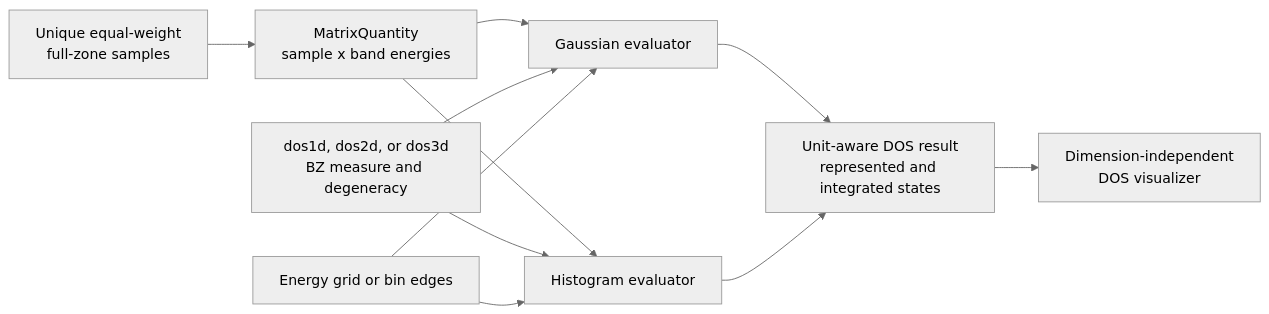
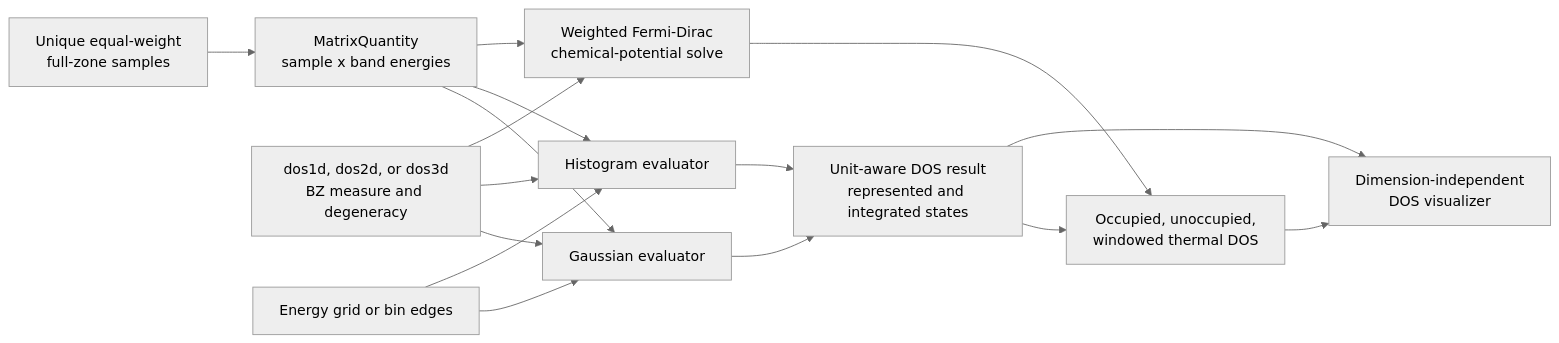
The first of 2 diagrams in docs/architecture/projectkoios/physkit/dos/schematics.md (eragasa/projectkoios-physkit), drawn with Mermaid (neutral theme) before and after one commit. The commit also changed 27 other files, not shown here.

Commit message:
Add weighted Fermi-Dirac thermal DOS analysis

````diff
--- a/docs/architecture/projectkoios/physkit/dos/schematics.md
+++ b/docs/architecture/projectkoios/physkit/dos/schematics.md
@@ -5,22 +5,29 @@
 ```mermaid
 flowchart LR
     MESH[Unique equal-weight<br/>full-zone samples]
     BANDS[MatrixQuantity<br/>sample x band energies]
     MODEL[dos1d, dos2d, or dos3d<br/>BZ measure and degeneracy]
     GRID[Energy grid or bin edges]
     GAUSS[Gaussian evaluator]
     HIST[Histogram evaluator]
     RESULT[Unit-aware DOS result<br/>represented and integrated states]
+    WEIGHTED[Weighted Fermi-Dirac<br/>chemical-potential solve]
+    THERMAL[Occupied, unoccupied,<br/>windowed thermal DOS]
     VIEW[Dimension-independent<br/>DOS visualizer]
 
     MESH --> BANDS
     BANDS --> GAUSS
     BANDS --> HIST
     MODEL --> GAUSS
     MODEL --> HIST
     GRID --> GAUSS
     GRID --> HIST
     GAUSS --> RESULT
     HIST --> RESULT
+    BANDS --> WEIGHTED
+    MODEL --> WEIGHTED
+    RESULT --> THERMAL
+    WEIGHTED --> THERMAL
     RESULT --> VIEW
+    THERMAL --> VIEW
 ```
````
